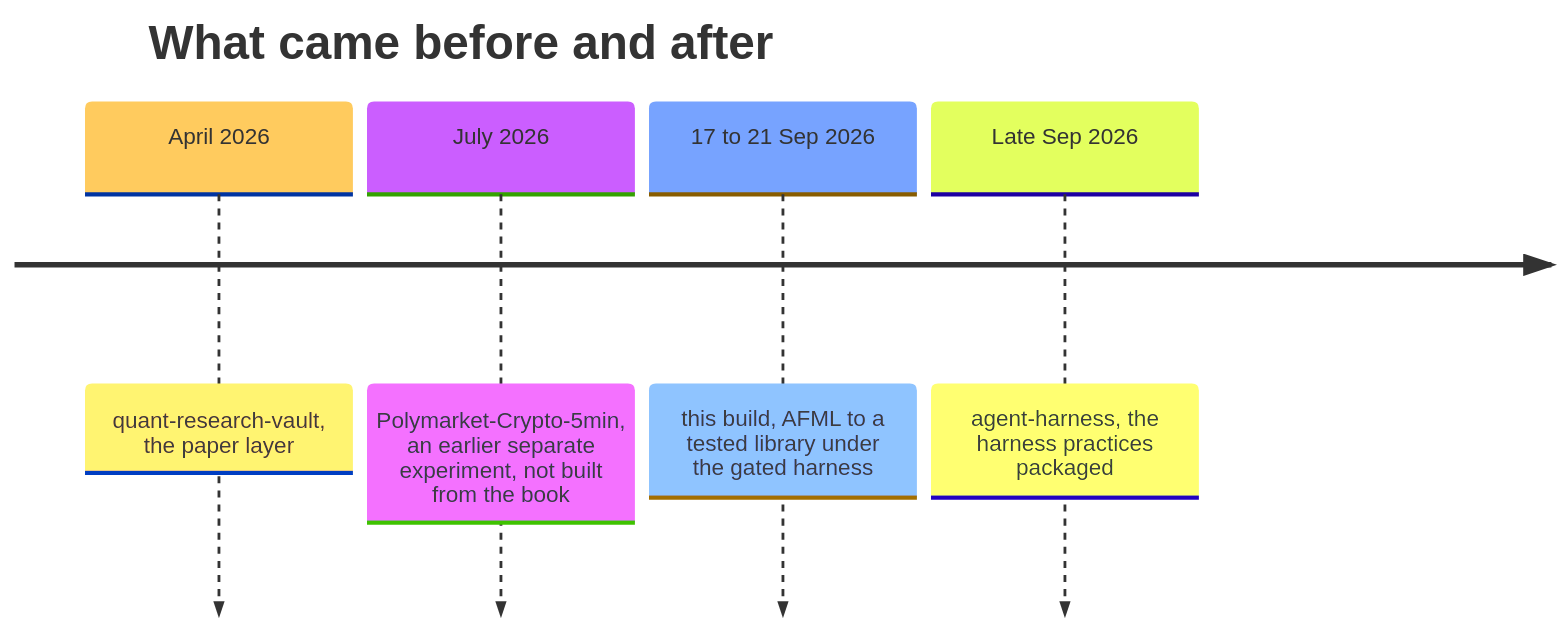
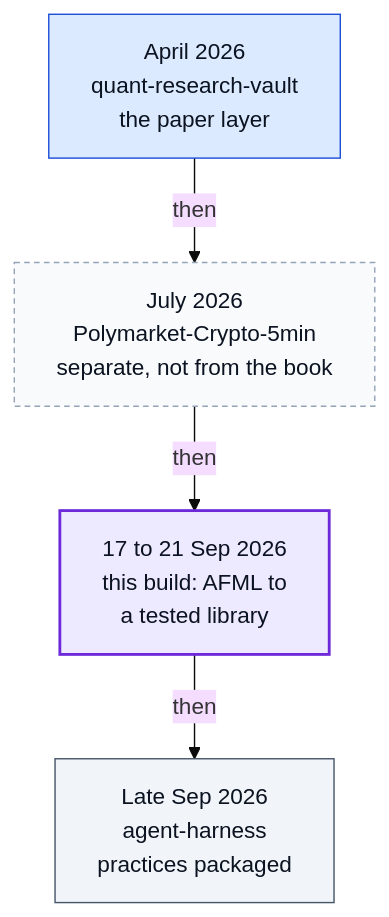
Before and after one commit to oscar-chw/agentic-quant-research: the fourth of 4 diagrams in docs/system.md, drawn with Mermaid (base theme). The commit also changed other lines of this file and 2 other files, not shown here.

First line of the commit message:
docs: present the repo as the front page of the research system

````diff
--- a/docs/system.md
+++ b/docs/system.md
@@ -113,8 +113,14 @@
 ```mermaid
-timeline
-    title What came before and after
-    April 2026 : quant-research-vault, the paper layer
-    July 2026 : Polymarket-Crypto-5min, an earlier separate experiment, not built from the book
-    17 to 21 Sep 2026 : this build, AFML to a tested library under the gated harness
-    Late Sep 2026 : agent-harness, the harness practices packaged
+flowchart TB
+    V["April 2026<br/>quant-research-vault<br/>the paper layer"]:::data
+    P["July 2026<br/>Polymarket-Crypto-5min<br/>separate, not from the book"]:::ext
+    B["17 to 21 Sep 2026<br/>this build: AFML to<br/>a tested library"]:::key
+    H["Late Sep 2026<br/>agent-harness<br/>practices packaged"]:::step
+    V -->|"then"| P
+    P -->|"then"| B
+    B -->|"then"| H
+    classDef data fill:#dbeafe,stroke:#1d4ed8,color:#0b1220
+    classDef step fill:#f1f5f9,stroke:#475569,color:#0b1220
+    classDef ext fill:#f8fafc,stroke:#94a3b8,color:#0b1220,stroke-dasharray:4 3
+    classDef key fill:#ede9fe,stroke:#6d28d9,color:#0b1220,stroke-width:2px
 ```
````
